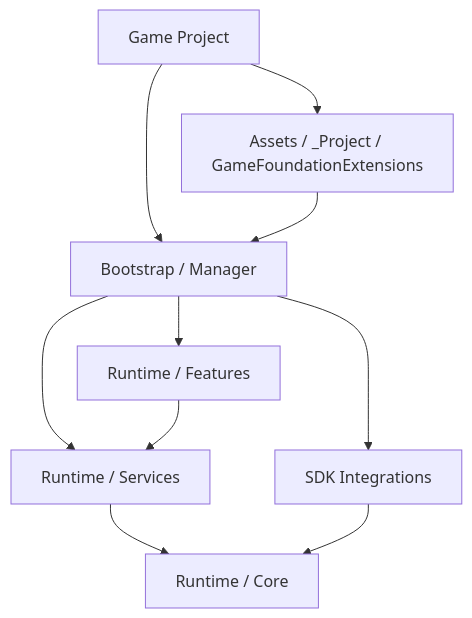
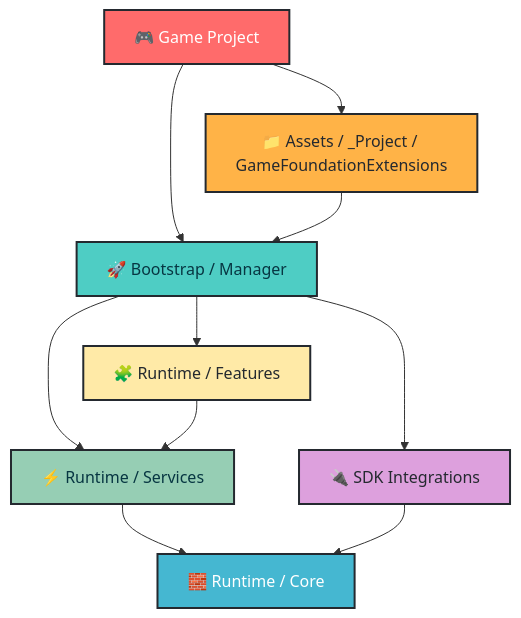
Before and after one commit to PocketPlay-Interactive/_GameFoundation: the diagram in README.md, drawn with Mermaid. The commit also changed other lines of this file, not shown here.

````diff
--- a/README.md
+++ b/README.md
@@ -78,12 +88,20 @@
 ```mermaid
 flowchart TD
-    Project[Game Project] --> Bootstrap[Bootstrap / Manager]
-    Bootstrap --> Features[Runtime / Features]
-    Bootstrap --> Services[Runtime / Services]
-    Bootstrap --> Integrations[SDK Integrations]
+    Project[🎮 Game Project] --> Bootstrap[🚀 Bootstrap / Manager]
+    Bootstrap --> Features[🧩 Runtime / Features]
+    Bootstrap --> Services[⚡ Runtime / Services]
+    Bootstrap --> Integrations[🔌 SDK Integrations]
     Features --> Services
-    Services --> Core[Runtime / Core]
+    Services --> Core[🧱 Runtime / Core]
     Integrations --> Core
-    Project --> ProjectExt[Assets / _Project / GameFoundationExtensions]
+    Project --> ProjectExt[📁 Assets / _Project / GameFoundationExtensions]
     ProjectExt --> Bootstrap
+
+    style Project fill:#FF6B6B,stroke:#24292f,stroke-width:2px,color:#fff
+    style Bootstrap fill:#4ECDC4,stroke:#24292f,stroke-width:2px,color:#073642
+    style Core fill:#45B7D1,stroke:#24292f,stroke-width:2px,color:#fff
+    style Services fill:#96CEB4,stroke:#24292f,stroke-width:2px,color:#073642
+    style Features fill:#FFEAA7,stroke:#24292f,stroke-width:2px,color:#24292f
+    style Integrations fill:#DDA0DD,stroke:#24292f,stroke-width:2px,color:#24292f
+    style ProjectExt fill:#FFB347,stroke:#24292f,stroke-width:2px,color:#24292f
 ```
````
